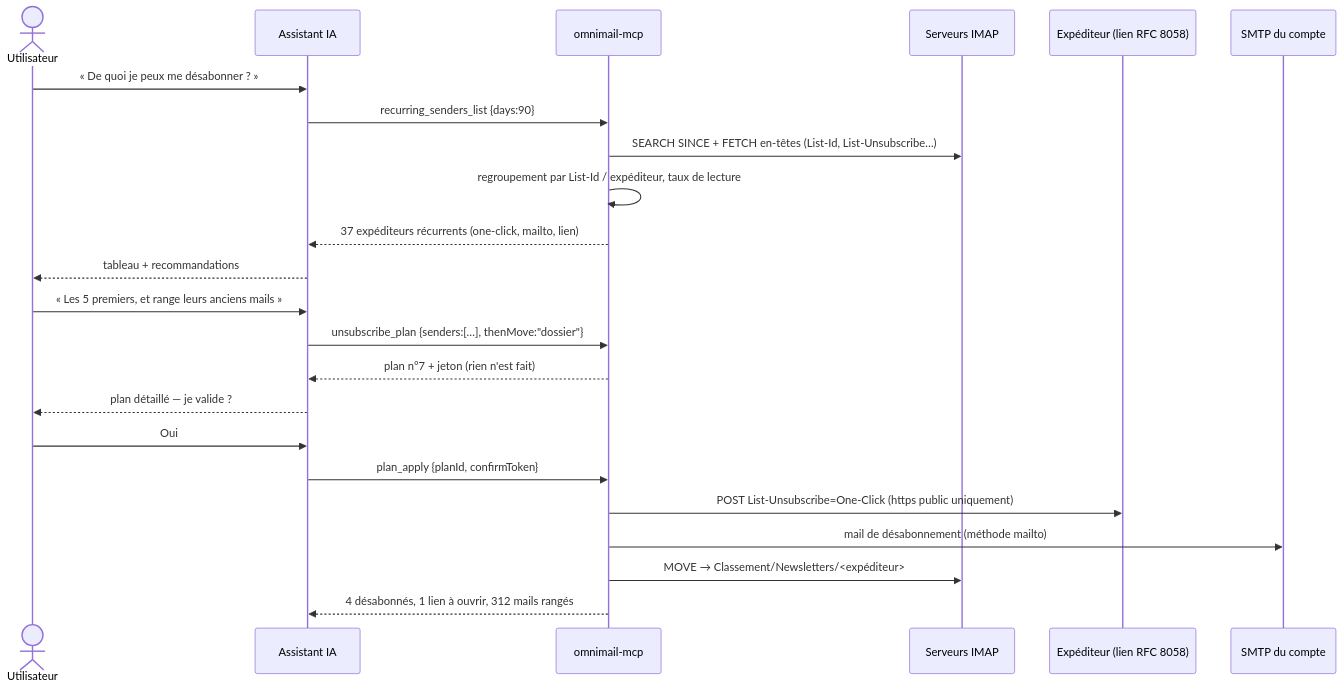
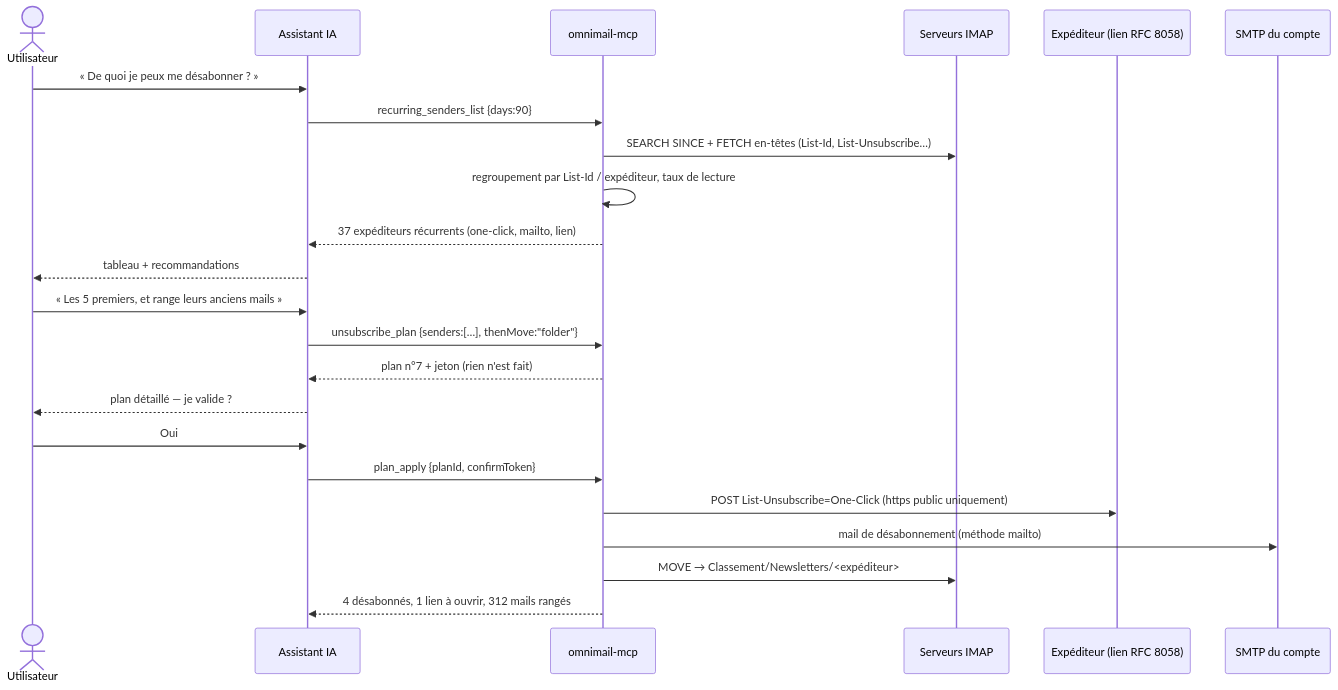
One commit to BenMacha/omnimail-mcp changed diagram 11 of 14 in docs/ARCHITECTURE.md. Above: the diagram before and after it, drawn with Mermaid. The commit also changed other lines of this file and 13 other files, not shown here.

````diff
--- a/docs/ARCHITECTURE.md
+++ b/docs/ARCHITECTURE.md
@@ -445,26 +445,26 @@
 ```mermaid
 sequenceDiagram
   actor U as Utilisateur
   participant IA as Assistant IA
   participant MCP as omnimail-mcp
   participant P as Serveurs IMAP
   participant L as Expéditeur (lien RFC 8058)
   participant S as SMTP du compte
 
   U->>IA: « De quoi je peux me désabonner ? »
   IA->>MCP: recurring_senders_list {days:90}
   MCP->>P: SEARCH SINCE + FETCH en-têtes (List-Id, List-Unsubscribe…)
   MCP->>MCP: regroupement par List-Id / expéditeur, taux de lecture
   MCP-->>IA: 37 expéditeurs récurrents (one-click, mailto, lien)
   IA-->>U: tableau + recommandations
   U->>IA: « Les 5 premiers, et range leurs anciens mails »
-  IA->>MCP: unsubscribe_plan {senders:[…], thenMove:"dossier"}
+  IA->>MCP: unsubscribe_plan {senders:[…], thenMove:"folder"}
   MCP-->>IA: plan n°7 + jeton (rien n'est fait)
   IA-->>U: plan détaillé — je valide ?
   U->>IA: Oui
   IA->>MCP: plan_apply {planId, confirmToken}
   MCP->>L: POST List-Unsubscribe=One-Click (https public uniquement)
   MCP->>S: mail de désabonnement (méthode mailto)
   MCP->>P: MOVE → Classement/Newsletters/<expéditeur>
   MCP-->>IA: 4 désabonnés, 1 lien à ouvrir, 312 mails rangés
 ```
````
